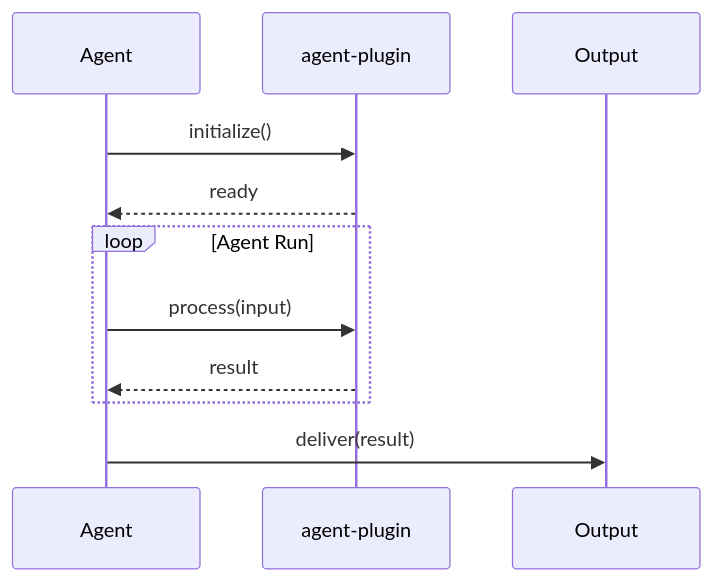
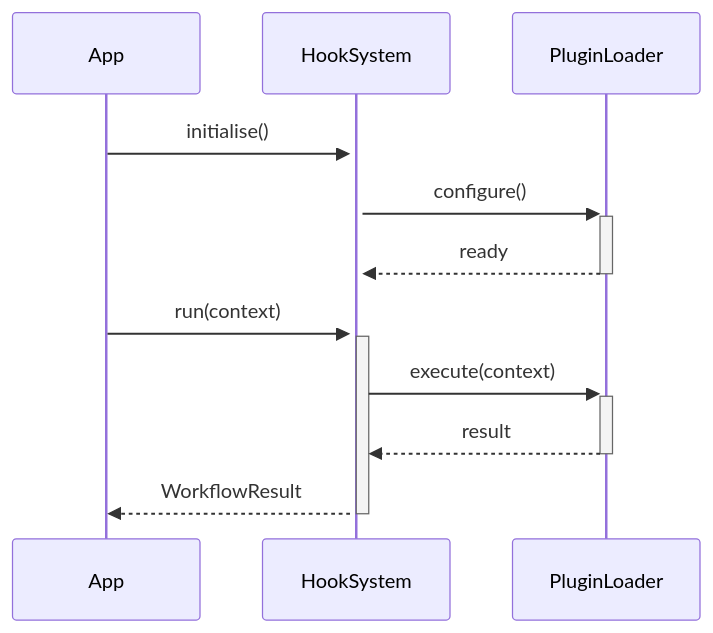
The second of 2 diagrams in README.md (darshjme/agent-plugin), drawn with Mermaid before and after one commit. The commit also changed other lines of this file and 1 other file, not shown here.

````diff
--- a/README.md
+++ b/README.md
@@ -72,16 +105,14 @@
 ```mermaid
 sequenceDiagram
-    participant Agent
-    participant AgentPlugin as agent-plugin
-    participant Output
+    participant App
+    participant HookSystem
+    participant PluginLoader
 
-    Agent->>AgentPlugin: initialize()
-    AgentPlugin-->>Agent: ready
-
-    loop Agent Run
-        Agent->>AgentPlugin: process(input)
-        AgentPlugin-->>Agent: result
-    end
-
-    Agent->>Output: deliver(result)
+    App->>+HookSystem: initialise()
+    HookSystem->>+PluginLoader: configure()
+    PluginLoader-->>-HookSystem: ready
+    App->>+HookSystem: run(context)
+    HookSystem->>+PluginLoader: execute(context)
+    PluginLoader-->>-HookSystem: result
+    HookSystem-->>-App: WorkflowResult
 ```
````
